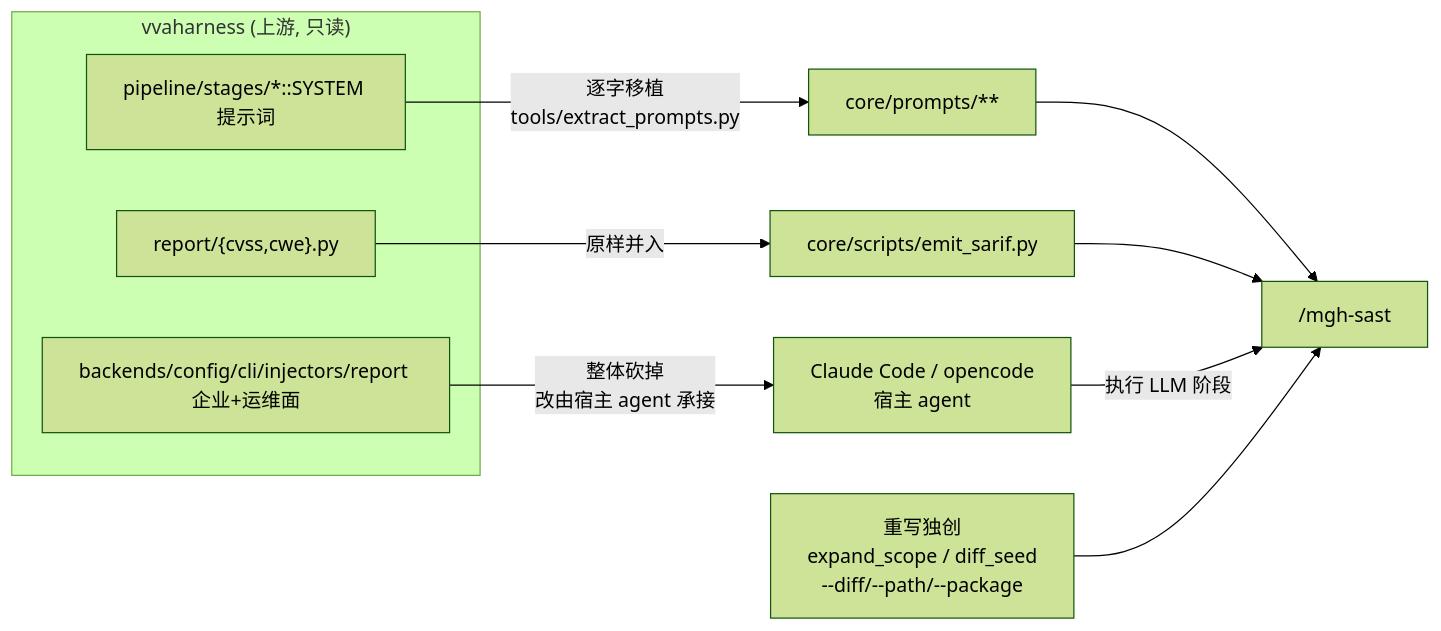
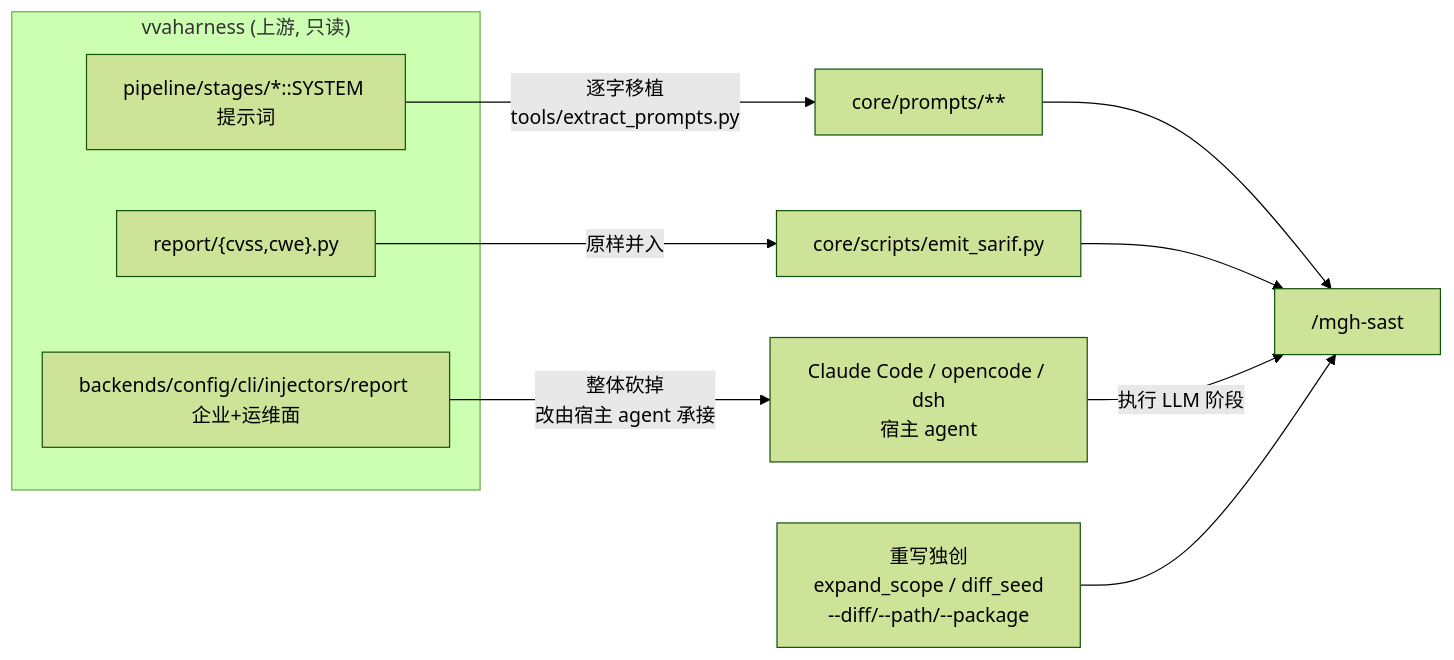
The diagram in AGENTS.md (Ba6231roer/m3g4horness), drawn with Mermaid (forest theme) before and after one commit. The commit also changed other lines of this file and 182 other files, not shown here.

````diff
--- a/AGENTS.md
+++ b/AGENTS.md
@@ -35,15 +42,15 @@
 ```mermaid
 flowchart LR
     subgraph 原项目["vvaharness (上游, 只读)"]
         A1["pipeline/stages/*::SYSTEM 提示词"]
         A2["report/{cvss,cwe}.py"]
         A3["backends/config/cli/injectors/report 企业+运维面"]
     end
     A1 -- "逐字移植<br/>tools/extract_prompts.py" --> P1["core/prompts/**"]
     A2 -- "原样并入" --> P2["core/scripts/emit_sarif.py"]
-    A3 -- "整体砍掉<br/>改由宿主 agent 承接" --> H["Claude Code / opencode<br/>宿主 agent"]
+    A3 -- "整体砍掉<br/>改由宿主 agent 承接" --> H["Claude Code / opencode / dsh<br/>宿主 agent"]
     P1 --> SAST["/mgh-sast"]
     P2 --> SAST
     H -- "执行 LLM 阶段" --> SAST
     NEW["重写独创<br/>expand_scope / diff_seed<br/>--diff/--path/--package"] --> SAST
 ```
````
